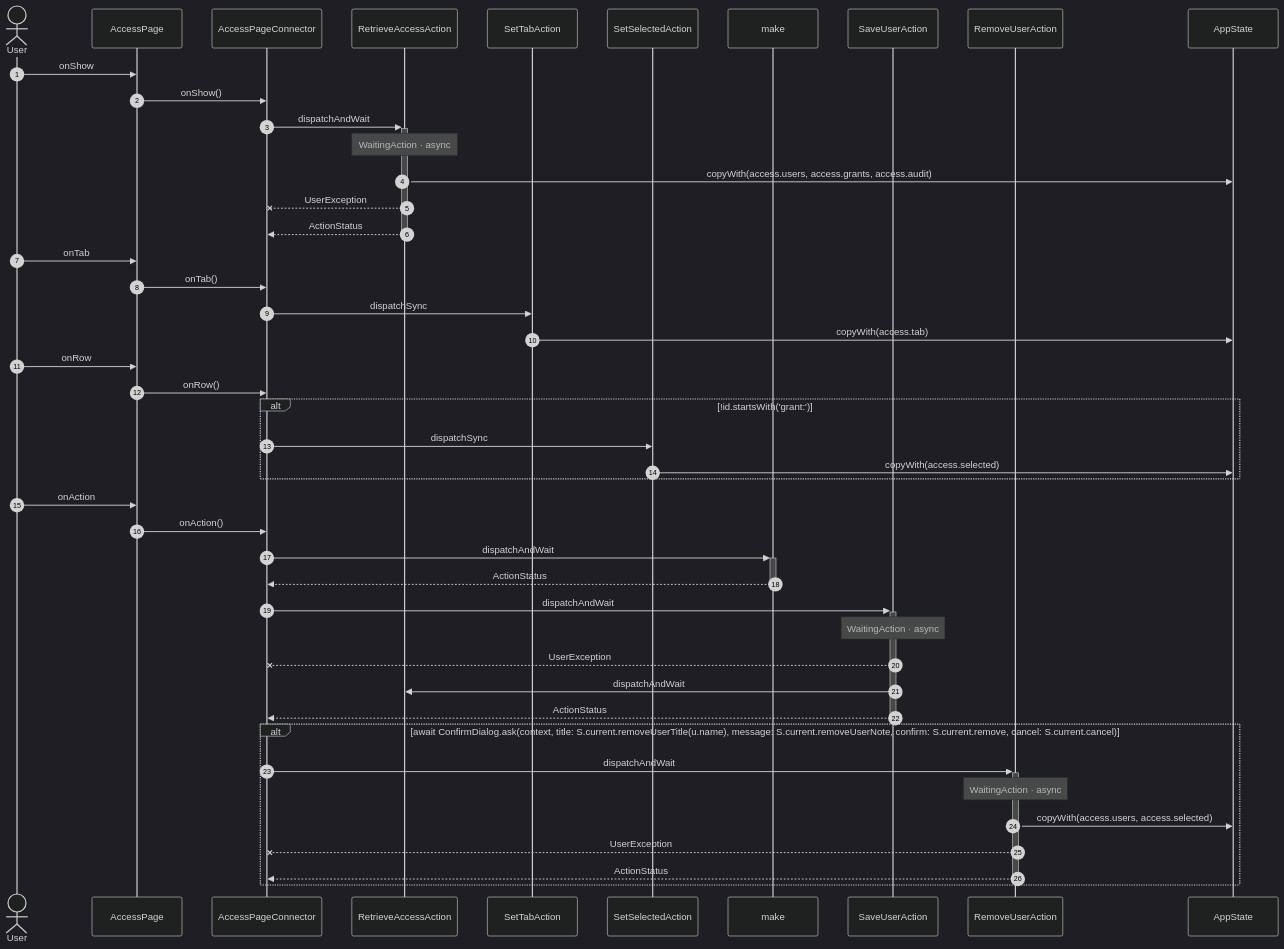
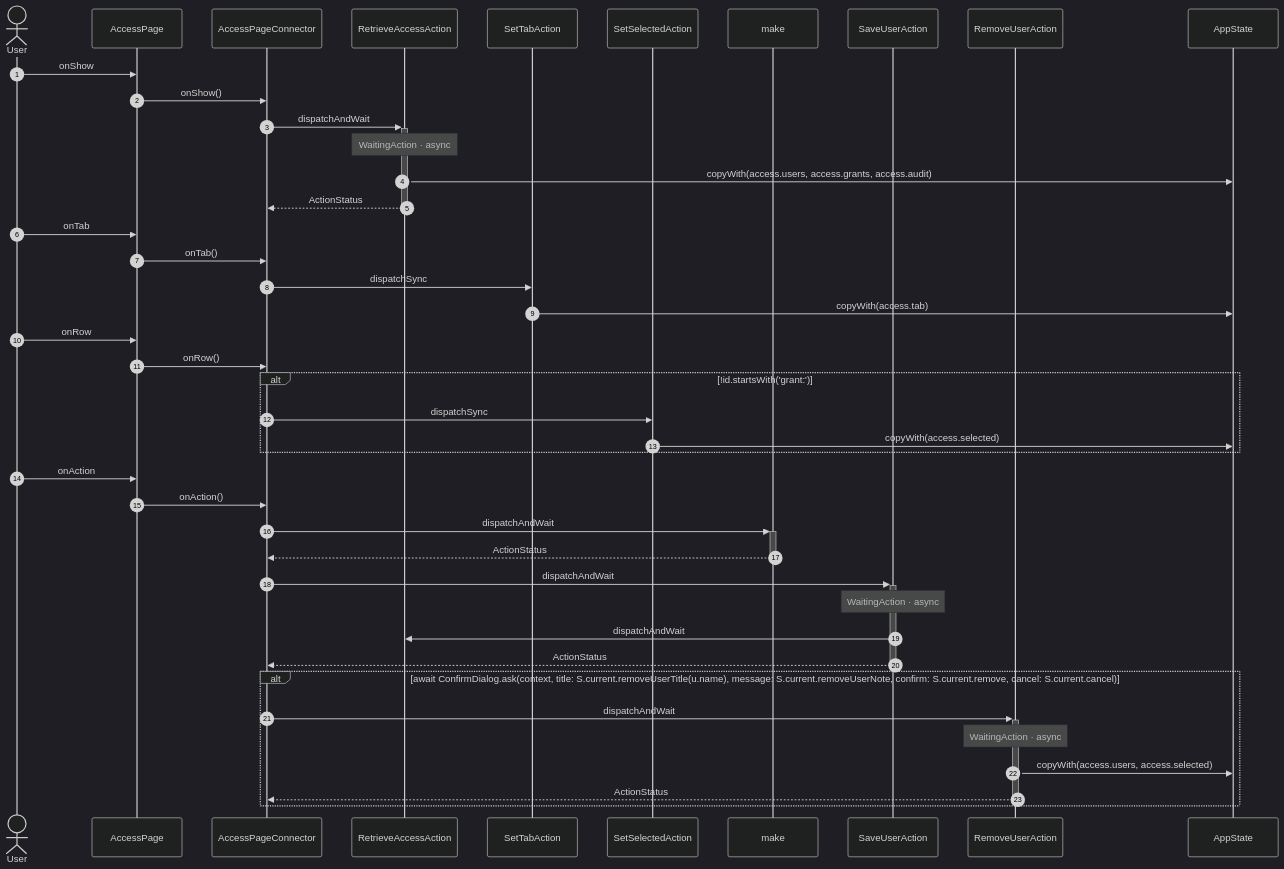
Before and after one commit to gencto/wyrm: the diagram in studio/docs/flows/access.md, drawn with Mermaid (dark theme). The commit also changed 192 other files, not shown here.

````diff
--- a/studio/docs/flows/access.md
+++ b/studio/docs/flows/access.md
@@ -7,51 +7,48 @@
 ```mermaid
 sequenceDiagram
     autonumber
     actor User
     participant UI as AccessPage
     participant VM as AccessPageConnector
     participant A1 as RetrieveAccessAction
     participant A2 as SetTabAction
     participant A3 as SetSelectedAction
     participant A4 as make
     participant A5 as SaveUserAction
     participant A6 as RemoveUserAction
     participant ST as AppState
 
     User->>UI: onShow
     UI->>VM: onShow()
     VM->>+A1: dispatchAndWait
     Note over A1: WaitingAction · async
     A1->>ST: copyWith(access.users, access.grants, access.audit)
-    A1--xVM: UserException
     A1-->>-VM: ActionStatus
 
     User->>UI: onTab
     UI->>VM: onTab()
     VM->>A2: dispatchSync
     A2->>ST: copyWith(access.tab)
 
     User->>UI: onRow
     UI->>VM: onRow()
     alt !id.startsWith('grant:')
         VM->>A3: dispatchSync
         A3->>ST: copyWith(access.selected)
     end
 
     User->>UI: onAction
     UI->>VM: onAction()
     VM->>+A4: dispatchAndWait
     A4-->>-VM: ActionStatus
     VM->>+A5: dispatchAndWait
     Note over A5: WaitingAction · async
-    A5--xVM: UserException
     A5->>A1: dispatchAndWait
     A5-->>-VM: ActionStatus
     alt await ConfirmDialog.ask(context, title: S.current.removeUserTitle(u.name), message: S.current.removeUserNote, confirm: S.current.remove, cancel: S.current.cancel)
         VM->>+A6: dispatchAndWait
         Note over A6: WaitingAction · async
         A6->>ST: copyWith(access.users, access.selected)
-        A6--xVM: UserException
         A6-->>-VM: ActionStatus
     end
 ```
````
